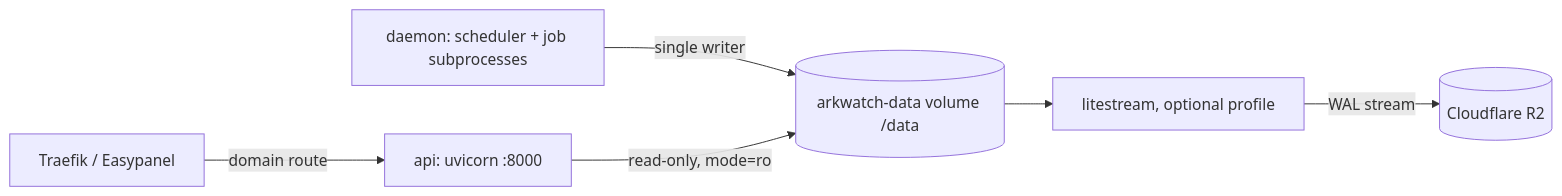
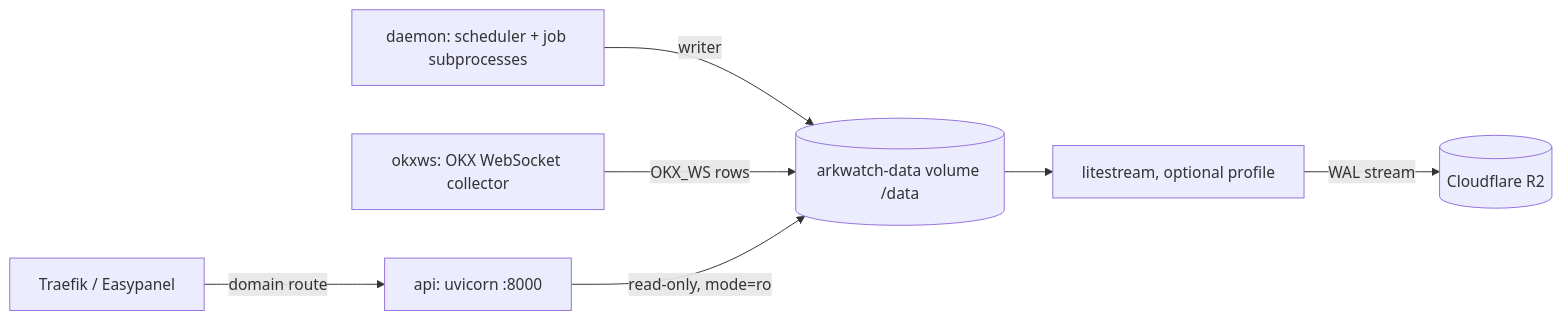
The diagram in README.md (GifariKemal/ark-watch), drawn with Mermaid before and after one commit. The commit also changed other lines of this file and 5 other files, not shown here.

First line of the commit message:
fix(okx): run the WebSocket collector as the okxws service; flag REST gaps only when they are real

````diff
--- a/README.md
+++ b/README.md
@@ -60,8 +60,9 @@
 ```mermaid
 flowchart LR
   T[Traefik / Easypanel] -->|domain route| A[api: uvicorn :8000]
-  D[daemon: scheduler + job subprocesses] -->|single writer| V[(arkwatch-data volume /data)]
+  D[daemon: scheduler + job subprocesses] -->|writer| V[(arkwatch-data volume /data)]
+  O[okxws: OKX WebSocket collector] -->|OKX_WS rows| V
   A -->|read-only, mode=ro| V
   L[litestream, optional profile] -->|WAL stream| R[(Cloudflare R2)]
   V --> L
 ```
````
